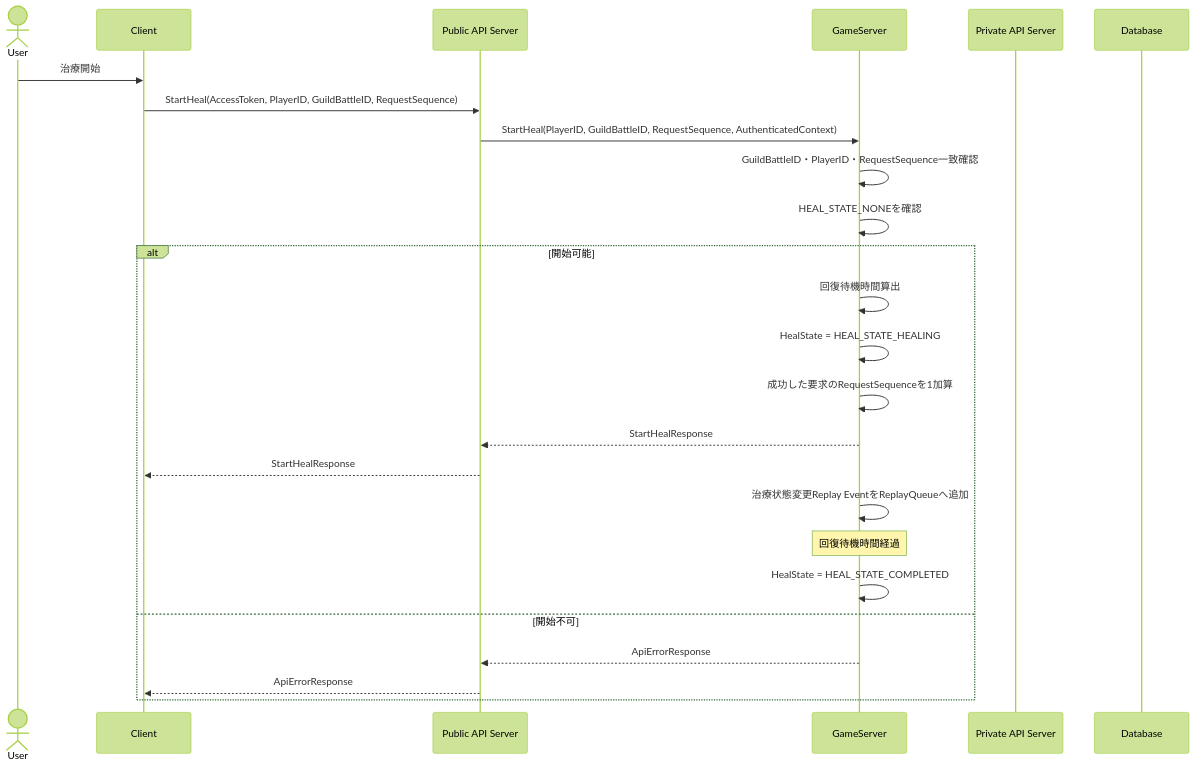
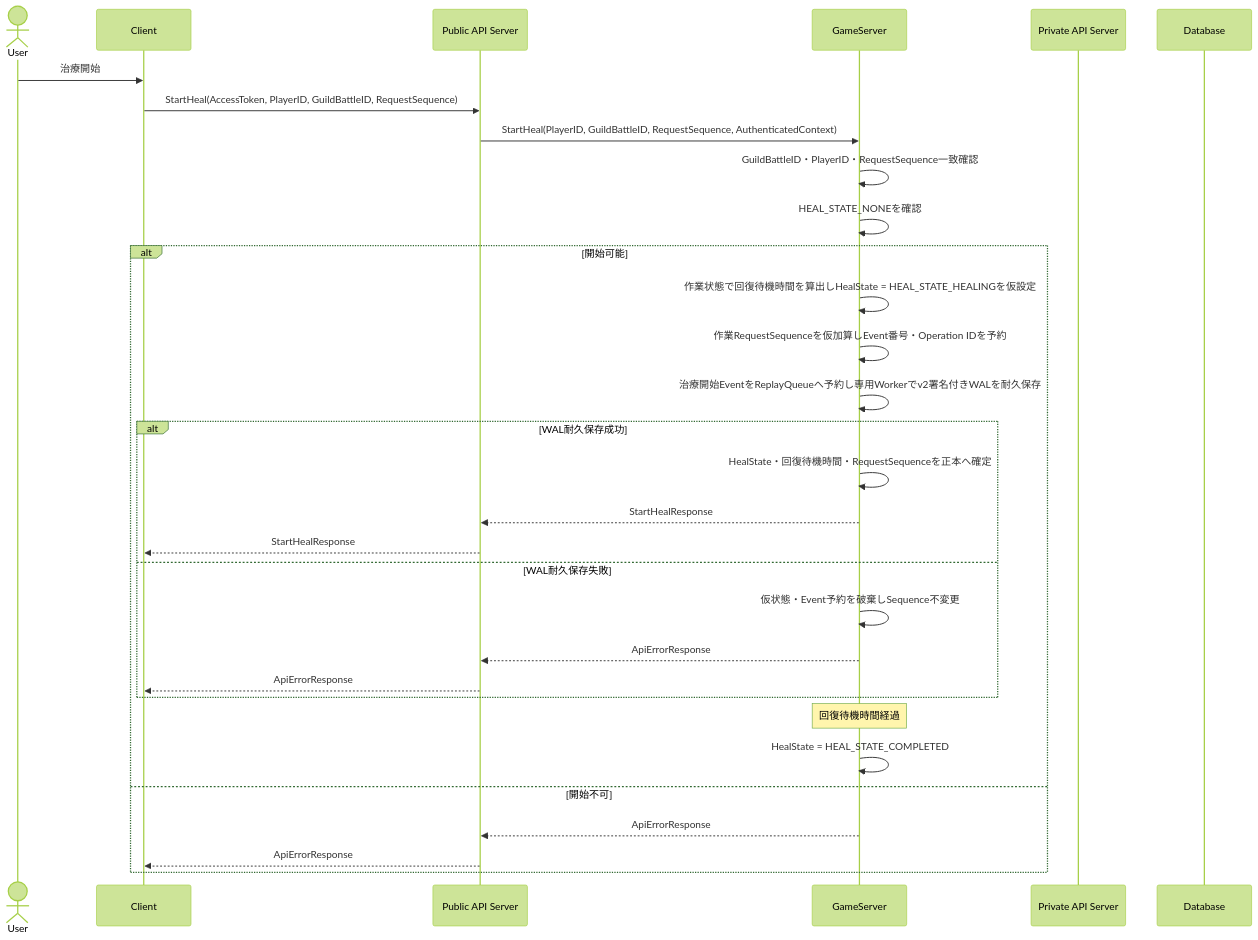
The eighth of 14 diagrams in design/server/guild_battle.md (ReHydrangeaOdyssey/Specifications), drawn with Mermaid (forest theme) before and after one commit. The commit also changed other lines of this file and 8 other files, not shown here.

````diff
--- a/design/server/guild_battle.md
+++ b/design/server/guild_battle.md
@@ -447,33 +481,38 @@
 ```mermaid
 sequenceDiagram
     actor User
     participant Client
     participant PublicAPIServer as Public API Server
     participant GameServer
     participant PrivateAPIServer as Private API Server
     participant Database
 
     User->>Client: 治療開始
     Client->>PublicAPIServer: StartHeal(AccessToken, PlayerID, GuildBattleID, RequestSequence)
     PublicAPIServer->>GameServer: StartHeal(PlayerID, GuildBattleID, RequestSequence, AuthenticatedContext)
 
     GameServer->>GameServer: GuildBattleID・PlayerID・RequestSequence一致確認
     GameServer->>GameServer: HEAL_STATE_NONEを確認
 
     alt 開始可能
-        GameServer->>GameServer: 回復待機時間算出
-        GameServer->>GameServer: HealState = HEAL_STATE_HEALING
-        GameServer->>GameServer: 成功した要求のRequestSequenceを1加算
-        GameServer-->>PublicAPIServer: StartHealResponse
-        PublicAPIServer-->>Client: StartHealResponse
-
-        GameServer ->> GameServer: 治療状態変更Replay EventをReplayQueueへ追加
+        GameServer->>GameServer: 作業状態で回復待機時間を算出しHealState = HEAL_STATE_HEALINGを仮設定
+        GameServer->>GameServer: 作業RequestSequenceを仮加算しEvent番号・Operation IDを予約
+        GameServer->>GameServer: 治療開始EventをReplayQueueへ予約し専用Workerでv2署名付きWALを耐久保存
+        alt WAL耐久保存成功
+            GameServer->>GameServer: HealState・回復待機時間・RequestSequenceを正本へ確定
+            GameServer-->>PublicAPIServer: StartHealResponse
+            PublicAPIServer-->>Client: StartHealResponse
+        else WAL耐久保存失敗
+            GameServer->>GameServer: 仮状態・Event予約を破棄しSequence不変更
+            GameServer-->>PublicAPIServer: ApiErrorResponse
+            PublicAPIServer-->>Client: ApiErrorResponse
+        end
 
         Note over GameServer: 回復待機時間経過
 
         GameServer->>GameServer: HealState = HEAL_STATE_COMPLETED
     else 開始不可
         GameServer-->>PublicAPIServer: ApiErrorResponse
         PublicAPIServer-->>Client: ApiErrorResponse
     end
 ```
````
